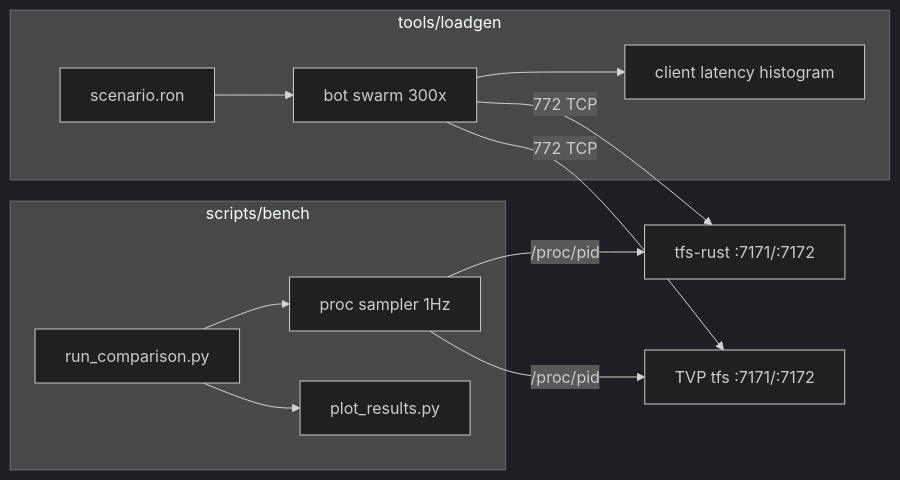
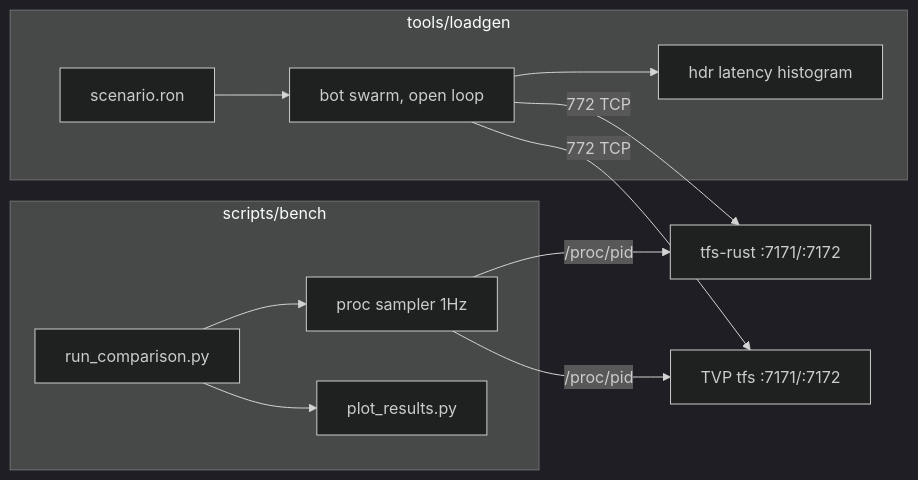
Before and after one commit to Tezoze/TFS-RUST: the diagram in docs/PERF_BENCHMARK_PLAN.md, drawn with Mermaid (dark theme). The commit also changed other lines of this file and 28 other files, not shown here.

````diff
--- a/docs/PERF_BENCHMARK_PLAN.md
+++ b/docs/PERF_BENCHMARK_PLAN.md
@@ -13,15 +146,15 @@
 ```mermaid
 flowchart LR
   subgraph loadgen [tools/loadgen]
-    Scenario[scenario.ron] --> Swarm[bot swarm 300x]
-    Swarm --> Latency[client latency histogram]
+    Scenario[scenario.ron] --> Swarm[bot swarm, open loop]
+    Swarm --> Latency[hdr latency histogram]
   end
   subgraph orch [scripts/bench]
     Runner[run_comparison.py] --> Sampler[proc sampler 1Hz]
     Runner --> Plot[plot_results.py]
   end
   Swarm -->|772 TCP| Rust[tfs-rust :7171/:7172]
   Swarm -->|772 TCP| TVP[TVP tfs :7171/:7172]
   Sampler -->|/proc/pid| Rust
   Sampler -->|/proc/pid| TVP
 ```
````
